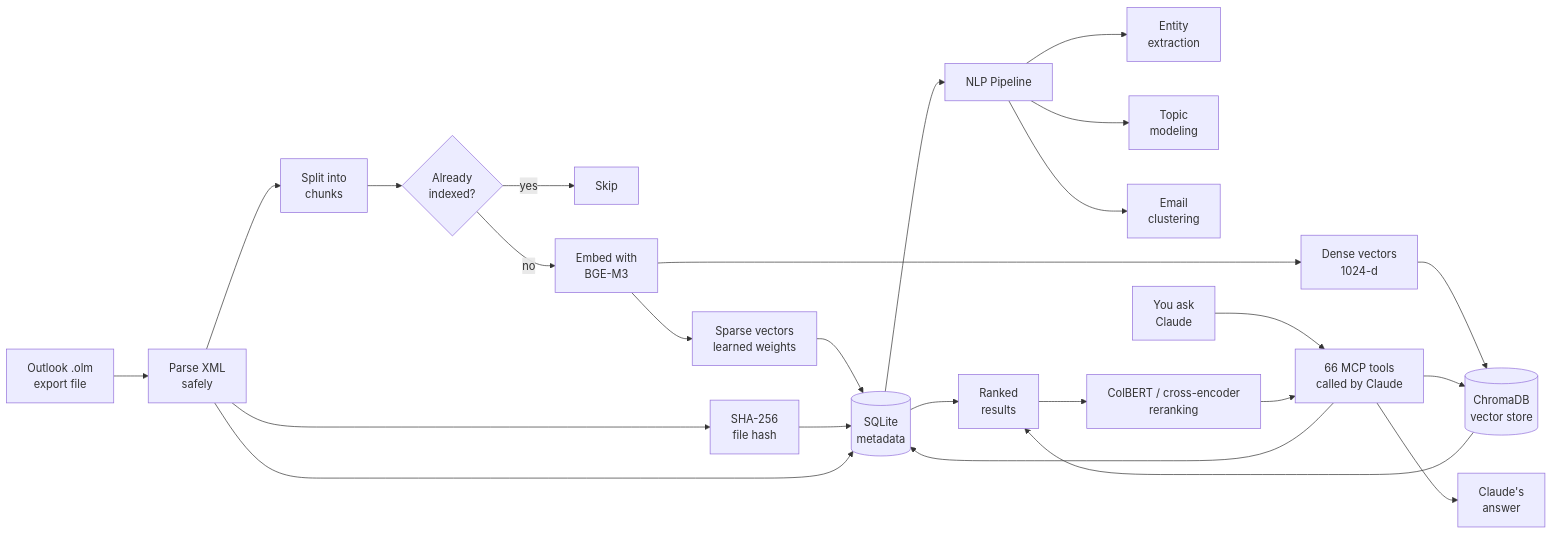
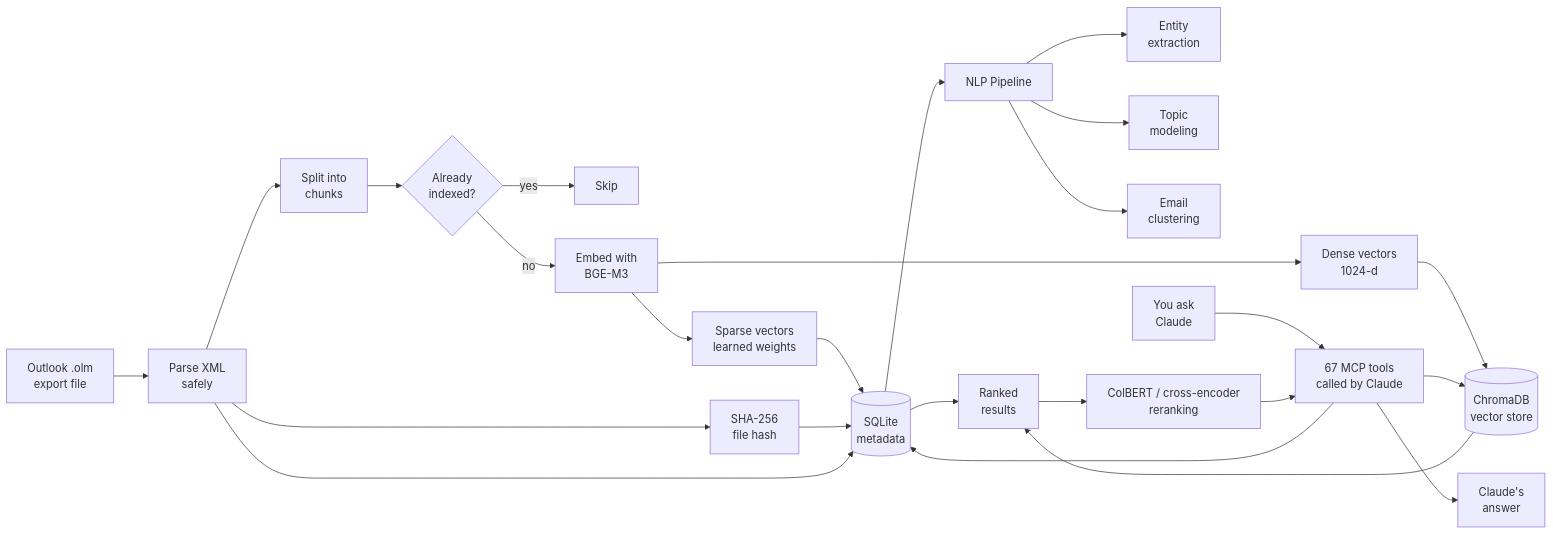
One commit to sebastianspicker/outlook-email-rag changed the first of 4 diagrams in README.md. Above: the diagram before and after it, drawn with Mermaid. The commit also changed other lines of this file and 2 other files, not shown here.

Commit message:
docs: fix documentation drift — 66→67 tools, add --reembed and email_reembed

````diff
--- a/README.md
+++ b/README.md
@@ -31,29 +31,29 @@
 ```mermaid
 flowchart LR
     A["Outlook .olm\nexport file"] --> B["Parse XML\nsafely"]
     B --> B1["SHA-256\nfile hash"]
     B --> C["Split into\nchunks"]
     C --> D{"Already\nindexed?"}
     D -- yes --> E["Skip"]
     D -- no --> F["Embed with\nBGE-M3"]
     F --> F1["Dense vectors\n1024-d"]
     F --> F2["Sparse vectors\nlearned weights"]
     F1 --> G[("ChromaDB\nvector store")]
     F2 --> H[("SQLite\nmetadata")]
     B1 --> H
     B --> H
 
     H --> NLP["NLP Pipeline"]
     NLP --> N1["Entity\nextraction"]
     NLP --> N2["Topic\nmodeling"]
     NLP --> N3["Email\nclustering"]
 
-    I["You ask\nClaude"] --> J["66 MCP tools\ncalled by Claude"]
+    I["You ask\nClaude"] --> J["67 MCP tools\ncalled by Claude"]
     J --> G
     J --> H
     G --> K["Ranked\nresults"]
     H --> K
     K --> R["ColBERT / cross-encoder\nreranking"]
     R --> J
     J --> L["Claude's\nanswer"]
 ```
````
